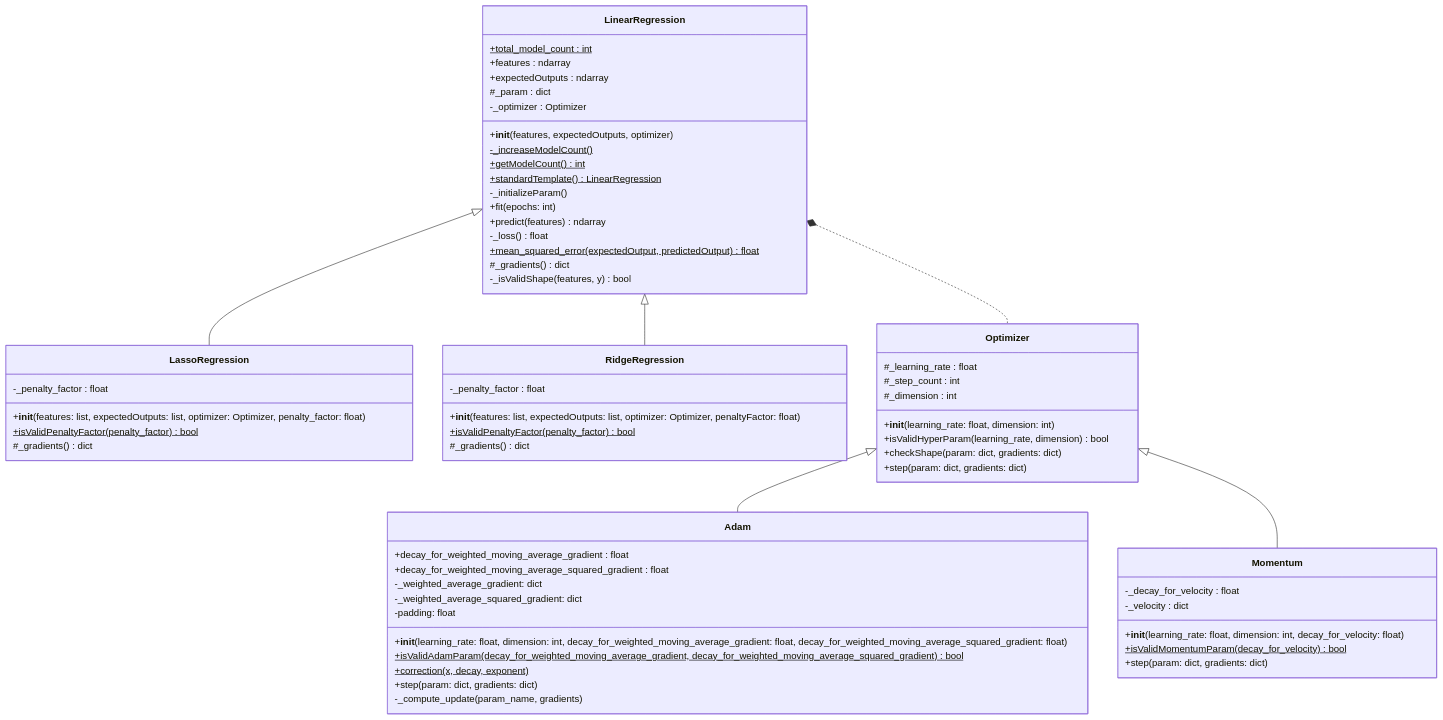
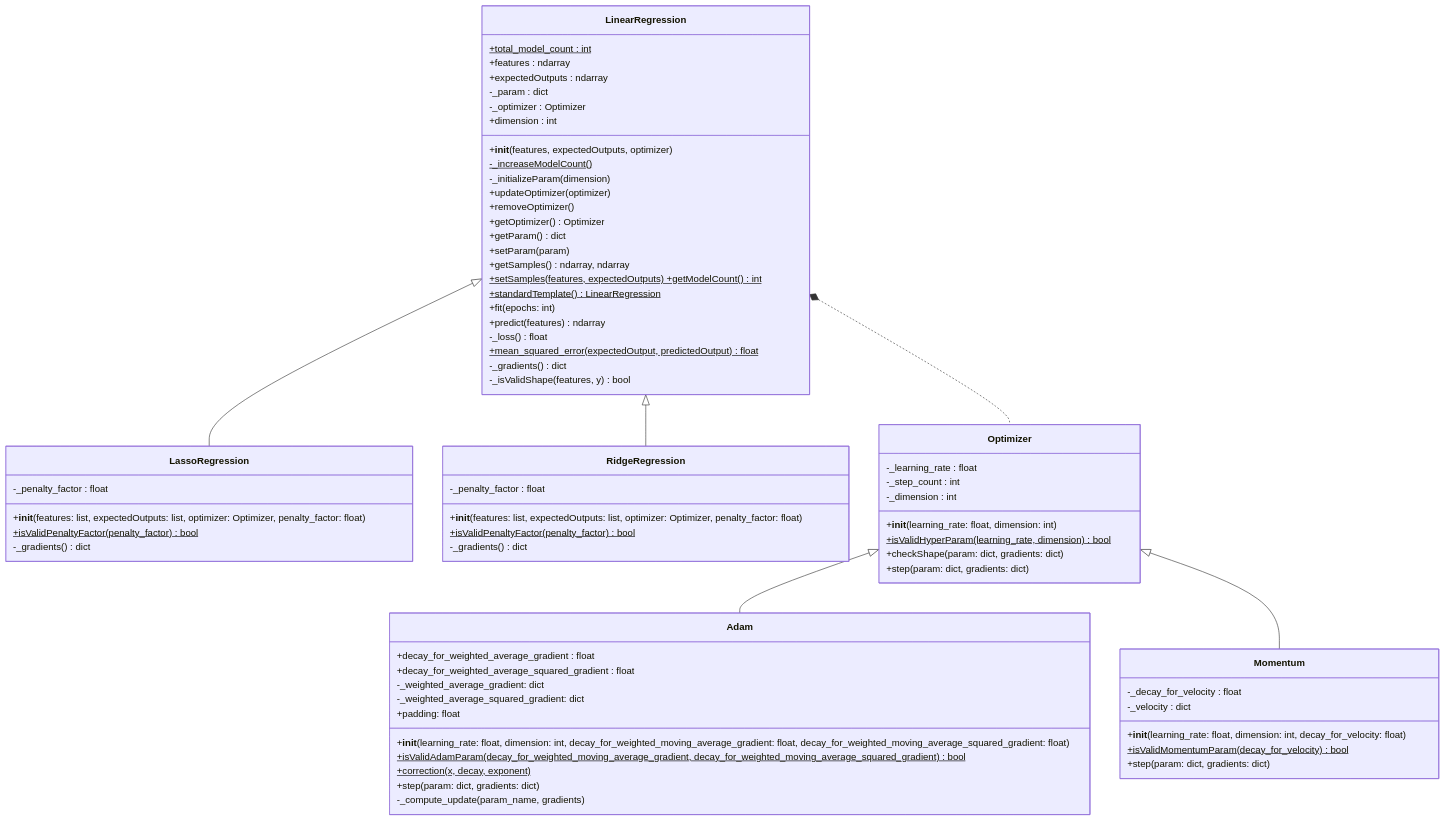
The diagram in UML.md (alexanderjiaschool/LinearRegression), drawn with Mermaid before and after one commit. The commit also changed 1 other file, not shown here.

Commit message:
Updated demo code and UML diagram

````diff
--- a/UML.md
+++ b/UML.md
@@ -1,72 +1,79 @@
 ```mermaid
 classDiagram
     class LinearRegression {
         +total_model_count : int$
         +features : ndarray
         +expectedOutputs : ndarray
-        #_param : dict
+        -_param : dict
         -_optimizer : Optimizer
         +__init__(features, expectedOutputs, optimizer)
         -_increaseModelCount()$
-        +getModelCount()$ int
+        +dimension : int
+        -_initializeParam(dimension)
+        +updateOptimizer(optimizer)
+        +removeOptimizer()
+        +getOptimizer() Optimizer
+        +getParam() dict
+        +setParam(param)
+        +getSamples() ndarray, ndarray
+        +setSamples(features, expectedOutputs) +getModelCount()$ int
         +standardTemplate()$ LinearRegression
-        -_initializeParam()
         +fit(epochs: int)
         +predict(features) ndarray
         -_loss() float
         +mean_squared_error(expectedOutput, predictedOutput)$ float
-        #_gradients() dict
+        -_gradients() dict
         -_isValidShape(features, y) bool
     }
 
     class LassoRegression {
         -_penalty_factor : float
         +__init__(features: list, expectedOutputs: list, optimizer: Optimizer, penalty_factor: float)
         +isValidPenaltyFactor(penalty_factor)$ bool
-        #_gradients() dict
+        -_gradients() dict
     }
 
     class RidgeRegression {
         -_penalty_factor : float
-        +__init__(features: list, expectedOutputs: list, optimizer: Optimizer, penaltyFactor: float)
+        +__init__(features: list, expectedOutputs: list, optimizer: Optimizer, penalty_factor: float)
         +isValidPenaltyFactor(penalty_factor)$ bool
-        #_gradients() dict
+        -_gradients() dict
     }
 
     class Optimizer {
-        #_learning_rate : float
-        #_step_count : int
-        #_dimension : int
+        -_learning_rate : float
+        -_step_count : int
+        -_dimension : int
         +__init__(learning_rate: float, dimension: int)
-        +isValidHyperParam(learning_rate, dimension) bool
+        +isValidHyperParam(learning_rate, dimension)$ bool
         +checkShape(param: dict, gradients: dict)
         +step(param: dict, gradients: dict)
     }
 
     class Adam {
-        +decay_for_weighted_moving_average_gradient : float
-        +decay_for_weighted_moving_average_squared_gradient : float
+        +decay_for_weighted_average_gradient : float
+        +decay_for_weighted_average_squared_gradient : float
         -_weighted_average_gradient: dict
         -_weighted_average_squared_gradient: dict
-        -padding: float
+        +padding: float
         +__init__(learning_rate: float, dimension: int, decay_for_weighted_moving_average_gradient: float, decay_for_weighted_moving_average_squared_gradient: float)
         +isValidAdamParam(decay_for_weighted_moving_average_gradient, decay_for_weighted_moving_average_squared_gradient)$ bool
         +correction(x, decay, exponent)$
         +step(param: dict, gradients: dict)
         -_compute_update(param_name, gradients)
     }
 
     class Momentum {
         -_decay_for_velocity : float
         -_velocity : dict
         +__init__(learning_rate: float, dimension: int, decay_for_velocity: float)
         +isValidMomentumParam(decay_for_velocity)$ bool
         +step(param: dict, gradients: dict)
     }
 
     LinearRegression <|-- LassoRegression
     LinearRegression <|-- RidgeRegression
     Optimizer <|-- Adam
     Optimizer <|-- Momentum
     LinearRegression *.. Optimizer
 ```
````
